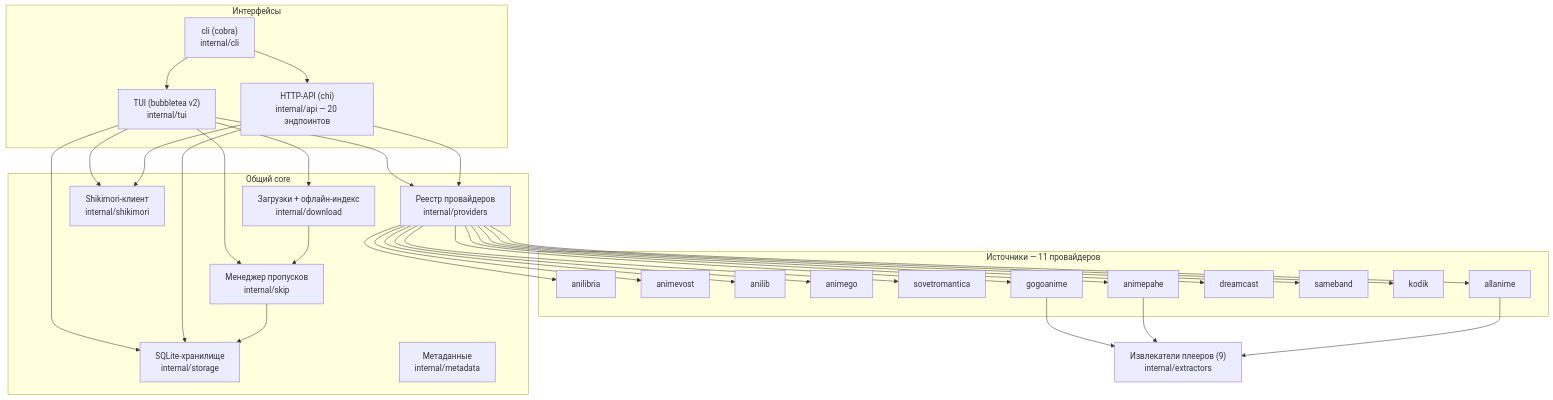
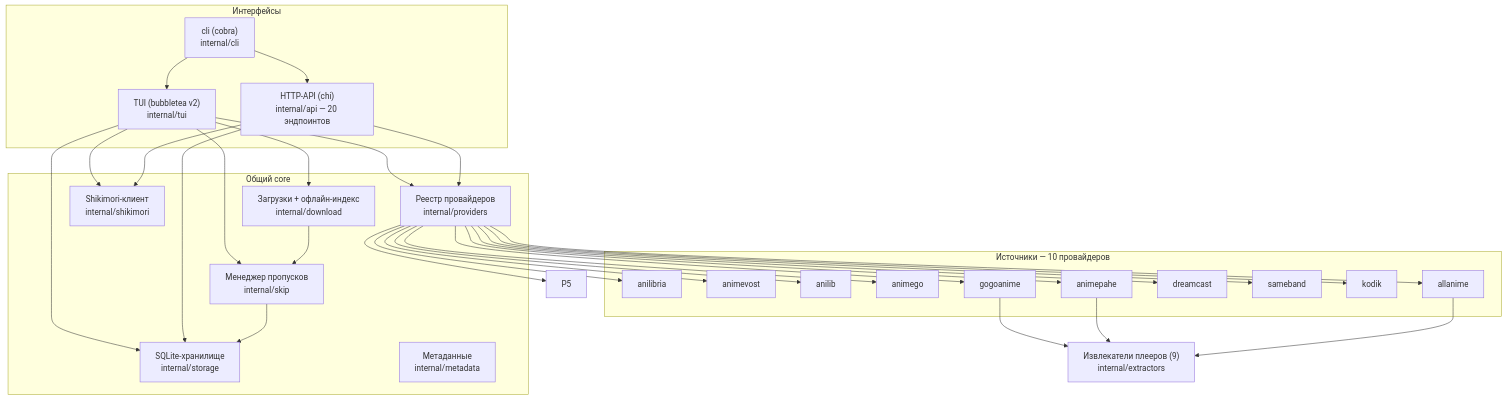
One commit to 4q4r/anicli-go changed the diagram in README.md. Above: the diagram before and after it, drawn with Mermaid. The commit also changed other lines of this file and 16 other files, not shown here.

````diff
--- a/README.md
+++ b/README.md
@@ -92,41 +92,40 @@
 ```mermaid
 graph TD
     subgraph interfaces["Интерфейсы"]
         TUI["TUI (bubbletea v2)<br/>internal/tui"]
         CLI["cli (cobra)<br/>internal/cli"]
         API["HTTP-API (chi)<br/>internal/api — 20 эндпоинтов"]
     end
 
     subgraph core["Общий core"]
         REG["Реестр провайдеров<br/>internal/providers"]
         SHIKI["Shikimori-клиент<br/>internal/shikimori"]
         SKIP["Менеджер пропусков<br/>internal/skip"]
         DL["Загрузки + офлайн-индекс<br/>internal/download"]
         ST["SQLite-хранилище<br/>internal/storage"]
         META["Метаданные<br/>internal/metadata"]
     end
 
-    subgraph sources["Источники — 11 провайдеров"]
+    subgraph sources["Источники — 10 провайдеров"]
         P1[anilibria]
         P2[animevost]
         P3[anilib]
         P4[animego]
-        P5[sovetromantica]
         P6[gogoanime]
         P7[animepahe]
         P8[dreamcast]
         P9[sameband]
         P10[kodik]
         P11[allanime]
     end
 
     EXT["Извлекатели плееров (9)<br/>internal/extractors"]
 
     TUI --> REG & SHIKI & SKIP & DL & ST
     API --> REG & SHIKI & ST
     CLI --> TUI & API
     REG --> P1 & P2 & P3 & P4 & P5 & P6 & P7 & P8 & P9 & P10 & P11
     P6 & P7 & P11 --> EXT
     SKIP --> ST
     DL --> SKIP
 ```
````
